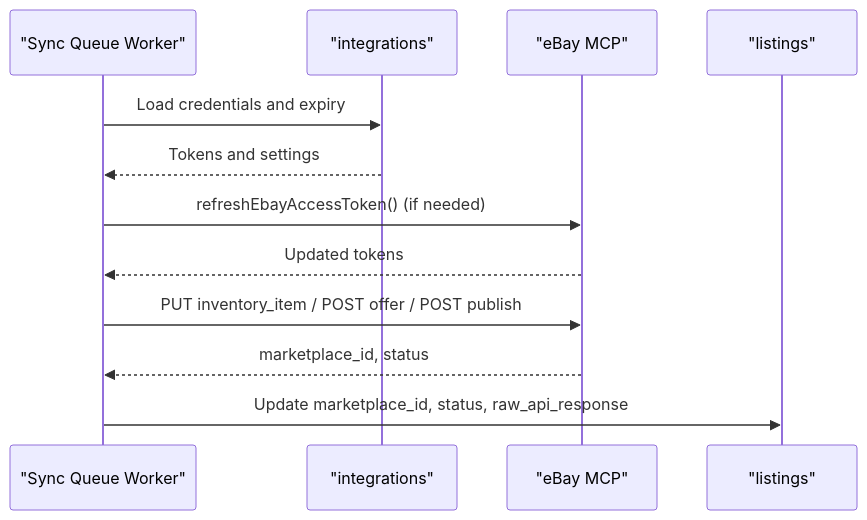
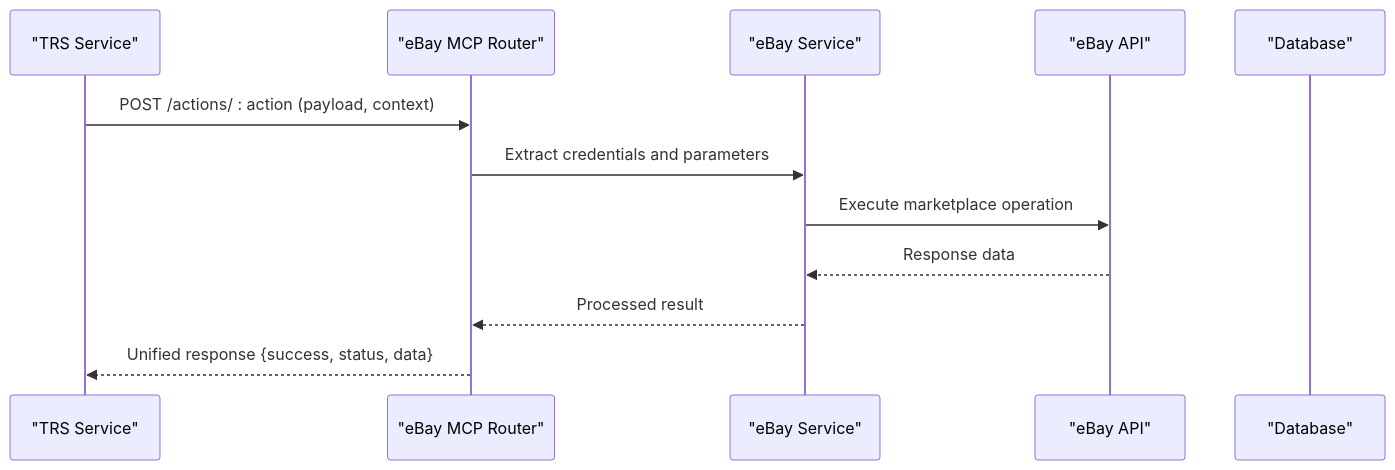
The fifth of 8 diagrams in .qoder/repowiki/en/content/Architecture Overview/TRS Integration Plan.md (hunglevi87/Hidden-Gem), drawn with Mermaid before and after one commit. The commit also changed other lines of this file and 14 other files, not shown here.

First line of the commit message:
feat(ai-integration): add OpenFang provider and eBay MCP marketplace automation

````diff
--- a/.qoder/repowiki/en/content/Architecture Overview/TRS Integration Plan.md
+++ b/.qoder/repowiki/en/content/Architecture Overview/TRS Integration Plan.md
@@ -284,14 +250,14 @@
 ```mermaid
 sequenceDiagram
-participant Worker as "Sync Queue Worker"
-participant Integrations as "integrations"
-participant eBay as "eBay MCP"
-participant Listings as "listings"
-Worker->>Integrations : Load credentials and expiry
-Integrations-->>Worker : Tokens and settings
-Worker->>eBay : refreshEbayAccessToken() (if needed)
-eBay-->>Worker : Updated tokens
-Worker->>eBay : PUT inventory_item / POST offer / POST publish
-eBay-->>Worker : marketplace_id, status
-Worker->>Listings : Update marketplace_id, status, raw_api_response
+participant TRS as "TRS Service"
+participant Router as "eBay MCP Router"
+participant Service as "eBay Service"
+participant API as "eBay API"
+participant DB as "Database"
+TRS->>Router : POST /actions/ : action (payload, context)
+Router->>Service : Extract credentials and parameters
+Service->>API : Execute marketplace operation
+API-->>Service : Response data
+Service-->>Router : Processed result
+Router-->>TRS : Unified response {success, status, data}
 ```
````
